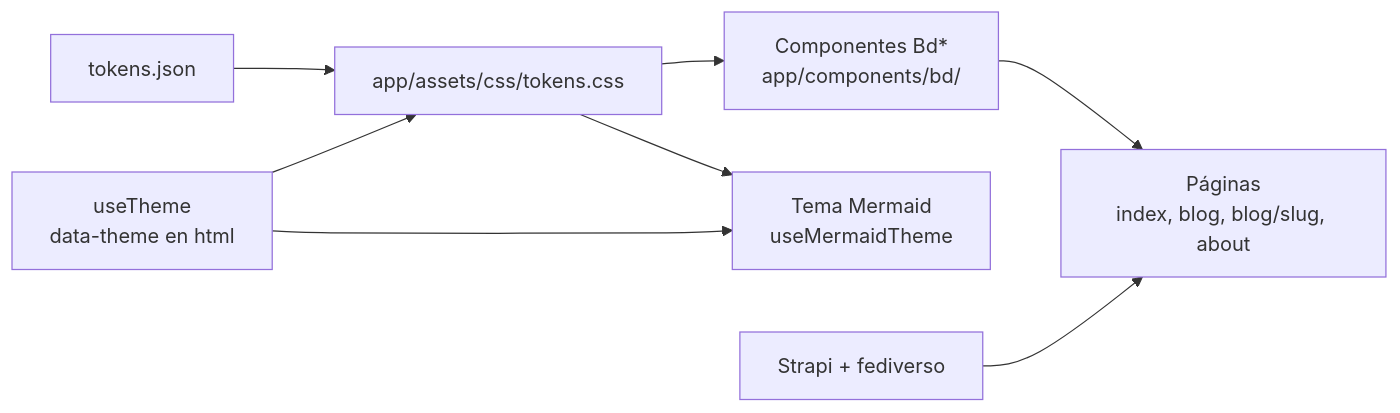
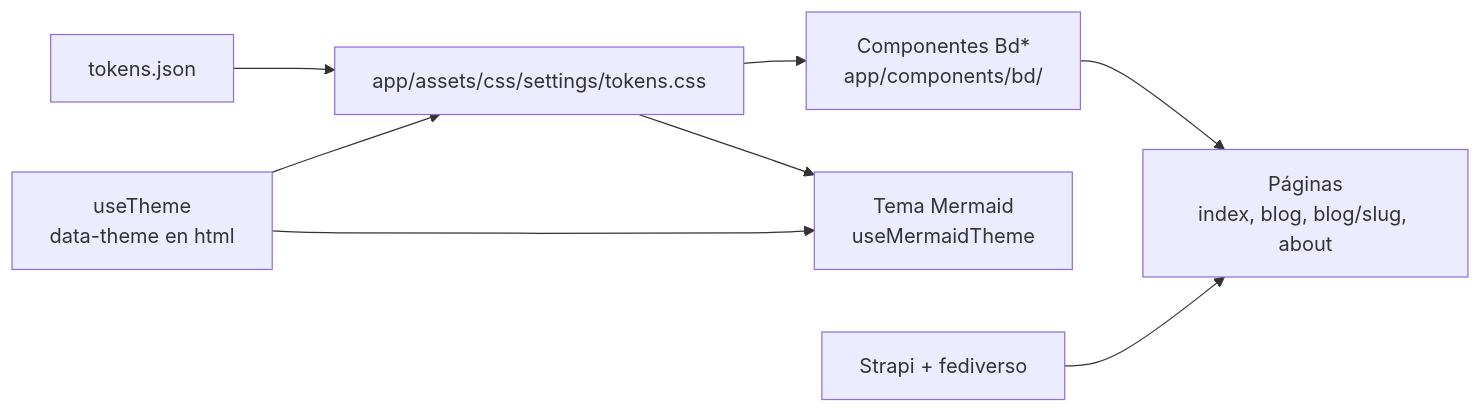
One commit to ale9420/devbog-blog-front changed the first of 4 diagrams in docs/design/DESIGN.md. Above: the diagram before and after it, drawn with Mermaid. The commit also changed other lines of this file and 65 other files, not shown here.

````diff
--- a/docs/design/DESIGN.md
+++ b/docs/design/DESIGN.md
@@ -119,10 +119,10 @@
 ```mermaid
 flowchart LR
-    T[tokens.json] --> C[app/assets/css/tokens.css]
+    T[tokens.json] --> C[app/assets/css/settings/tokens.css]
     C --> K[Componentes Bd*<br/>app/components/bd/]
     C --> M[Tema Mermaid<br/>useMermaidTheme]
     K --> P[Páginas<br/>index, blog, blog/slug, about]
     S[useTheme<br/>data-theme en html] --> C
     S --> M
     A[Strapi + fediverso] --> P
 ```
````
